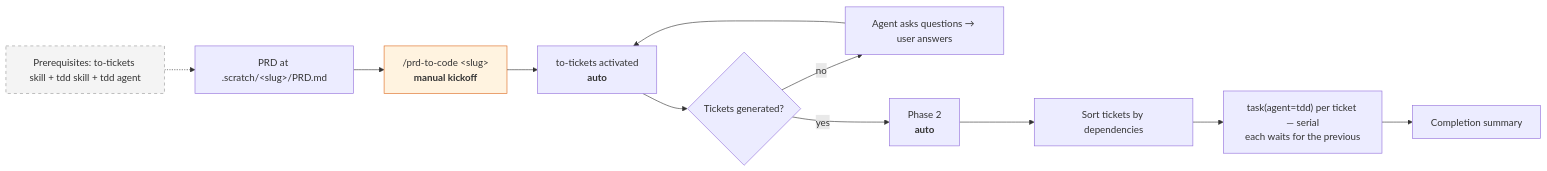
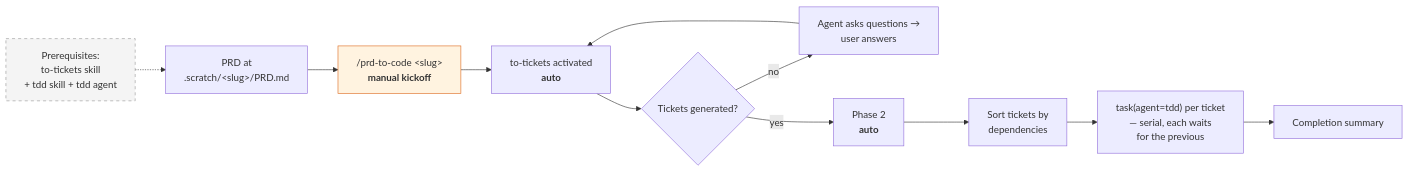
One commit to hugosol/oh-my-wayfinder changed the second of 2 diagrams in README.md. Above: the diagram before and after it, drawn with Mermaid. The commit also changed other lines of this file and 1 other file, not shown here.

Commit message:
add br to mermaid

````diff
--- a/README.md
+++ b/README.md
@@ -85,15 +85,15 @@
 ```mermaid
 flowchart LR
-    PRE["Prerequisites: to-tickets skill + tdd skill + tdd agent"] -.-> P
-    P["PRD at .scratch/&lt;slug&gt;/PRD.md"] --> C["/prd-to-code &lt;slug&gt;<br/><b>manual kickoff</b>"]
+    PRE["Prerequisites:<br/>to-tickets skill<br/>+ tdd skill + tdd agent"] -.-> P
+    P["PRD at<br/>.scratch/&lt;slug&gt;/PRD.md"] --> C["/prd-to-code &lt;slug&gt;<br/><b>manual kickoff</b>"]
     C --> A["to-tickets activated<br/><b>auto</b>"]
     A --> Q{"Tickets generated?"}
-    Q -->|"no"| QA["Agent asks questions → user answers"] --> A
+    Q -->|"no"| QA["Agent asks questions →<br/>user answers"] --> A
     Q -->|"yes"| P2["Phase 2<br/><b>auto</b>"]
-    P2 --> ORD["Sort tickets by dependencies"]
-    ORD --> TD["task(agent=tdd) per ticket — serial<br/>each waits for the previous"]
+    P2 --> ORD["Sort tickets by<br/>dependencies"]
+    ORD --> TD["task(agent=tdd) per ticket<br/>— serial, each waits<br/>for the previous"]
     TD --> DONE["Completion summary"]
 
     style C fill:#fff3e0,stroke:#dd6b20
     style PRE fill:#f4f4f4,stroke:#999,stroke-dasharray:5 5
 ```
````
